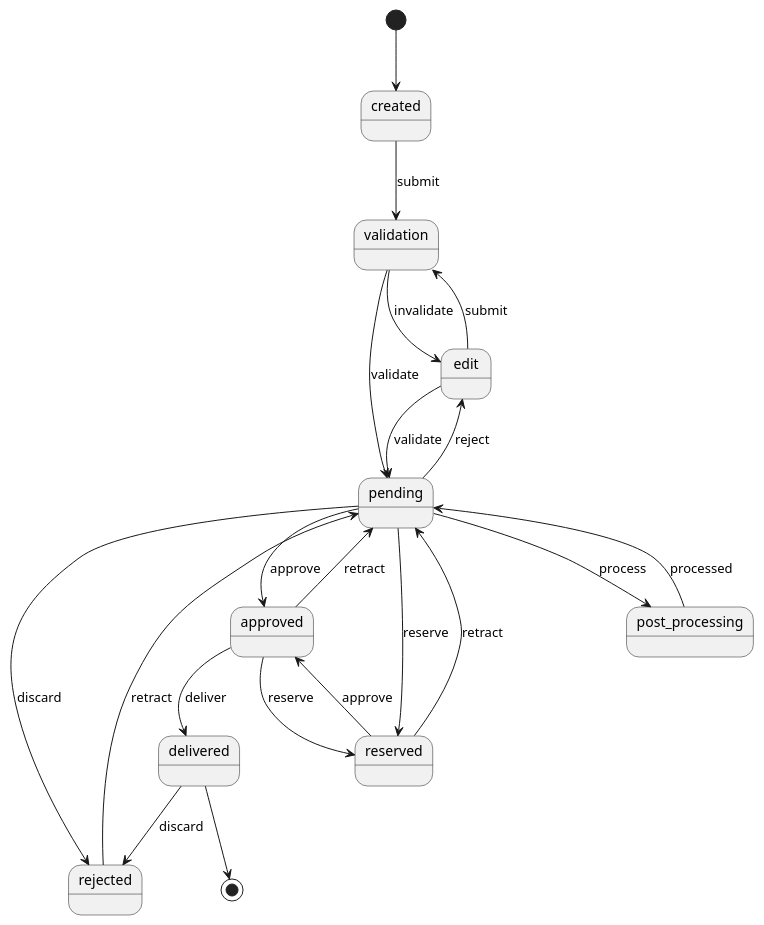
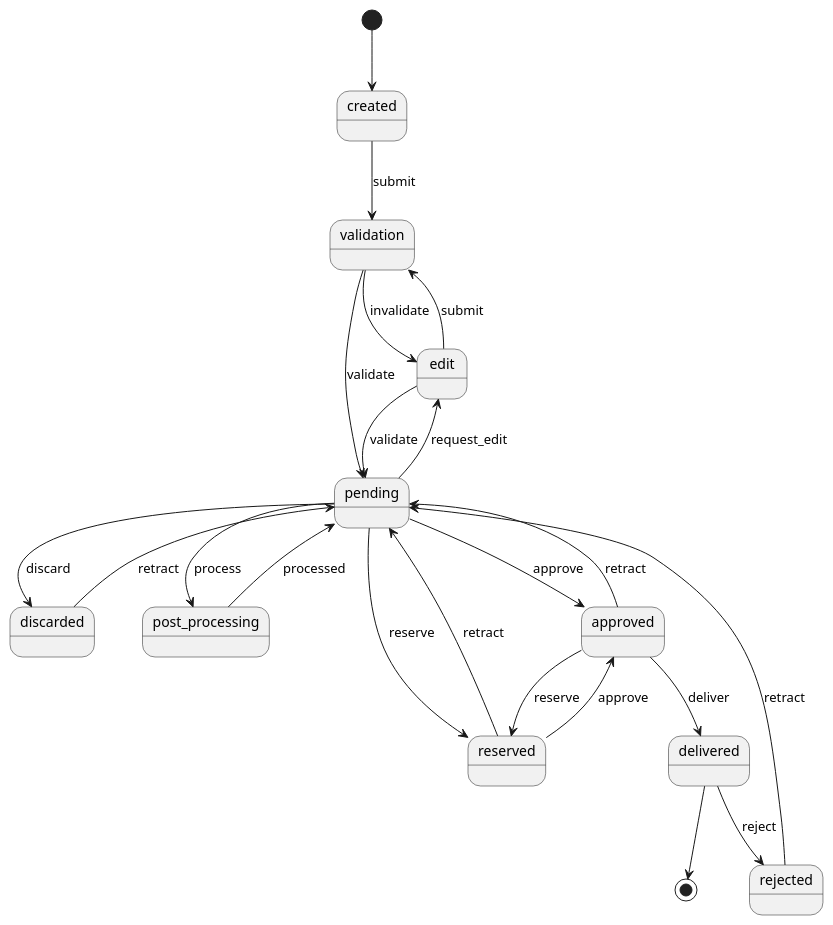
The first of 2 diagrams in docs/workflow.rst (BriefyHQ/briefy.leica), drawn with PlantUML before and after one commit. The commit also changed other lines of this file, not shown here.

```diff
--- a/docs/workflow.rst
+++ b/docs/workflow.rst
@@ -9,26 +9,27 @@
 .. uml::
 
     @startuml
 
     [*] --> created
     created --> validation : submit
     validation --> edit : invalidate
     validation --> pending : validate
     edit --> pending : validate
     edit --> validation : submit
-    pending --> rejected : discard
-    delivered --> rejected : discard
+    pending --> discarded : discard
+    discarded --> pending : retract
+    delivered --> rejected : reject
     pending --> post_processing : process
     post_processing --> pending : processed
     pending --> reserved : reserve
     approved --> reserved : reserve
-    pending --> edit: reject
+    pending --> edit: request_edit
     pending --> approved: approve
     reserved --> approved: approve
     approved --> pending : retract
     rejected --> pending : retract
     reserved --> pending : retract
     approved --> delivered : deliver
     delivered --> [*]
 
     @enduml
```
